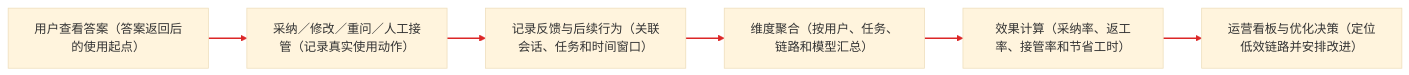
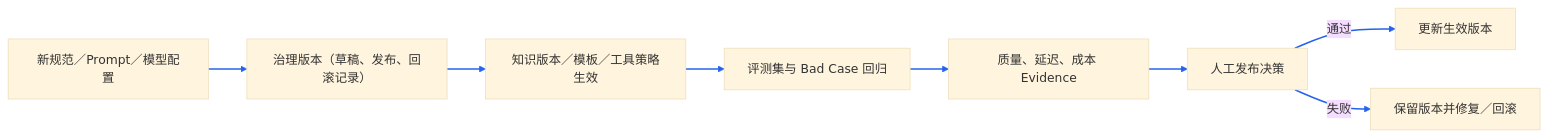
One commit to monstereatai/RAG changed diagram 16 of 16 in docs/interview/功能步骤流程.md. Above: the diagram before and after it, drawn with Mermaid (base theme). The commit also changed other lines of this file and 3 other files, not shown here.

````diff
--- a/docs/interview/功能步骤流程.md
+++ b/docs/interview/功能步骤流程.md
@@ -2063,9 +544,11 @@
 ```mermaid
 flowchart LR
- A[用户查看答案（答案返回后的使用起点）] --> B[采纳／修改／重问／人工接管（记录真实使用动作）]
-  B --> C[记录反馈与后续行为（关联会话、任务和时间窗口）]
-  C --> D[维度聚合（按用户、任务、链路和模型汇总）]
-  D --> E[效果计算（采纳率、返工率、接管率和节省工时）]
-  E --> F[运营看板与优化决策（定位低效链路并安排改进）]
-  linkStyle 0,1,2,3,4 stroke:#dc2626,stroke-width:2px
+  A[新规范／Prompt／模型配置] --> B[治理版本（草稿、发布、回滚记录）]
+  B --> C[知识版本／模板／工具策略生效]
+  C --> D[评测集与 Bad Case 回归]
+  D --> E[质量、延迟、成本 Evidence]
+  E --> F[人工发布决策]
+  F -->|通过| G[更新生效版本]
+  F -->|失败| H[保留版本并修复／回滚]
+  linkStyle 0,1,2,3,4,5,6 stroke:#2563eb,stroke-width:2px
 ```
````
